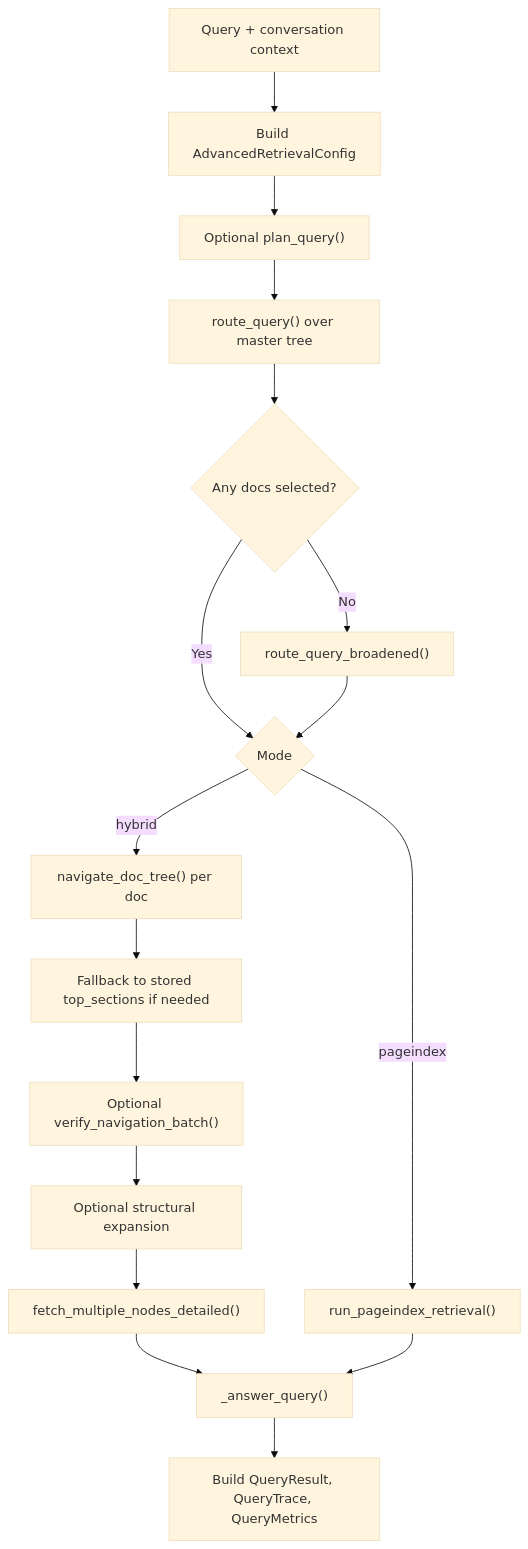
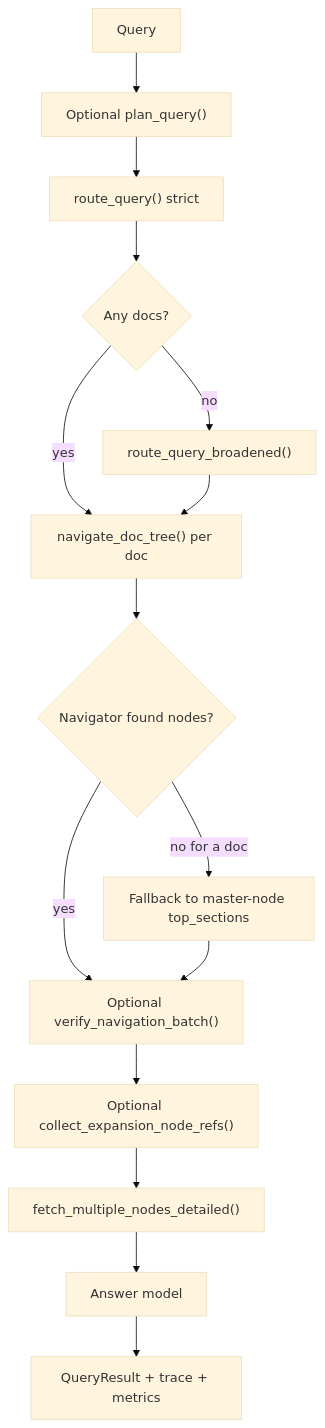
One commit to iluko/DocIndex changed the first of 2 diagrams in docs/modules/retrieval-and-answering.md. Above: the diagram before and after it, drawn with Mermaid (base theme). The commit also changed other lines of this file and 16 other files, not shown here.

````diff
--- a/docs/modules/retrieval-and-answering.md
+++ b/docs/modules/retrieval-and-answering.md
@@ -52,19 +97,17 @@
 ```mermaid
 flowchart TD
-    A["Query + conversation context"] --> B["Build AdvancedRetrievalConfig"]
-    B --> C["Optional plan_query()"]
-    C --> D["route_query() over master tree"]
-    D --> E{"Any docs selected?"}
-    E -->|No| F["route_query_broadened()"]
-    E -->|Yes| G{"Mode"}
-    F --> G
-    G -->|hybrid| H["navigate_doc_tree() per doc"]
-    H --> I["Fallback to stored top_sections if needed"]
-    I --> J["Optional verify_navigation_batch()"]
-    J --> K["Optional structural expansion"]
-    K --> L["fetch_multiple_nodes_detailed()"]
-    L --> M["_answer_query()"]
-    G -->|pageindex| N["run_pageindex_retrieval()"]
-    N --> M
-    M --> O["Build QueryResult, QueryTrace, QueryMetrics"]
+    A["Query"] --> B["Optional plan_query()"]
+    B --> C["route_query() strict"]
+    C --> D{"Any docs?"}
+    D -->|no| E["route_query_broadened()"]
+    D -->|yes| F["navigate_doc_tree() per doc"]
+    E --> F
+    F --> G{"Navigator found nodes?"}
+    G -->|no for a doc| H["Fallback to master-node top_sections"]
+    G -->|yes| I["Optional verify_navigation_batch()"]
+    H --> I
+    I --> J["Optional collect_expansion_node_refs()"]
+    J --> K["fetch_multiple_nodes_detailed()"]
+    K --> L["Answer model"]
+    L --> M["QueryResult + trace + metrics"]
 ```
````
